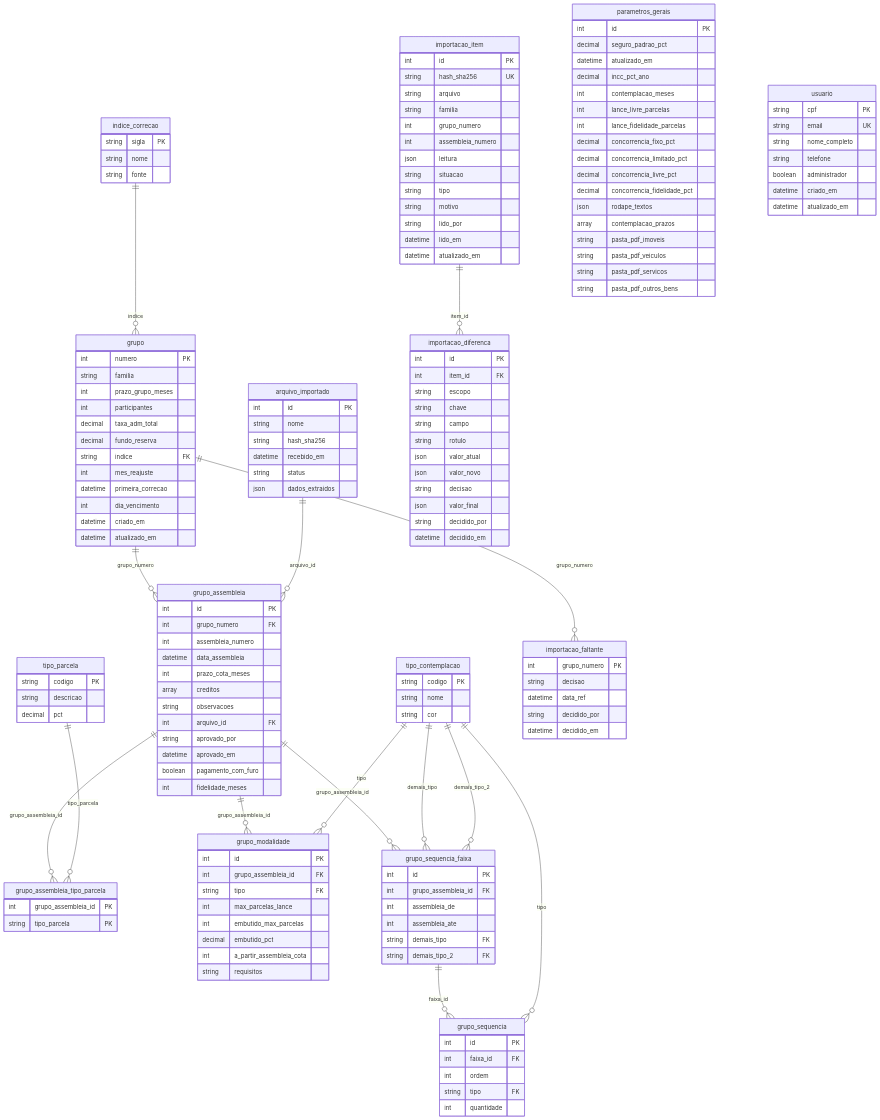
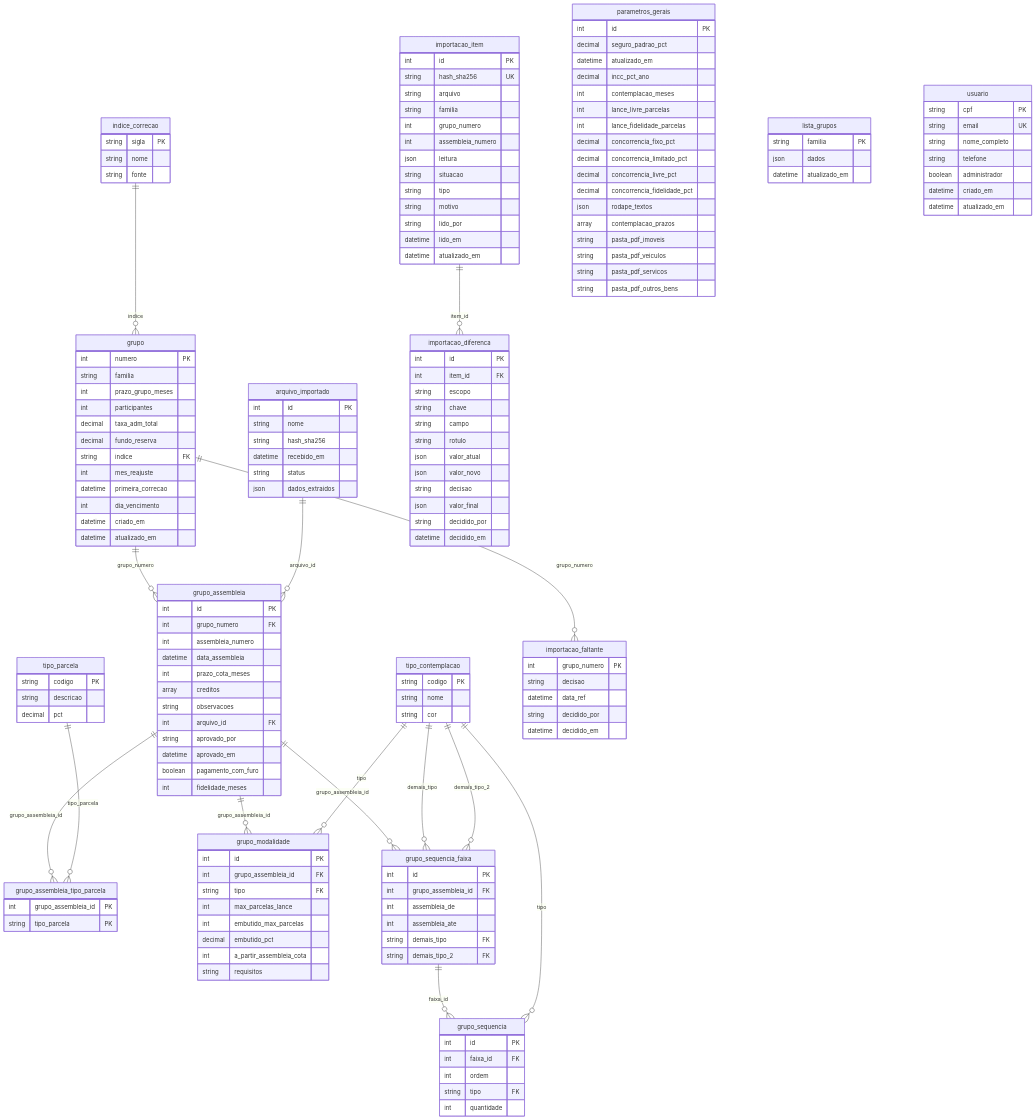
One commit to vladimic/dinastia changed the diagram in docs/modelo-de-dados.md. Above: the diagram before and after it, drawn with Mermaid. The commit also changed other lines of this file and 15 other files, not shown here.

First line of the commit message:
0107: lista de grupos guardada por família e aviso de PDFs desconsiderados (#98)

```diff
--- a/docs/modelo-de-dados.md
+++ b/docs/modelo-de-dados.md
@@ -161,6 +161,11 @@
     string decidido_por
     datetime decidido_em
   }
+  lista_grupos {
+    string familia PK
+    json dados
+    datetime atualizado_em
+  }
   usuario {
     string cpf PK
     string email UK
```
